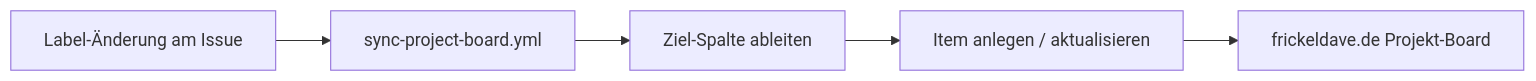
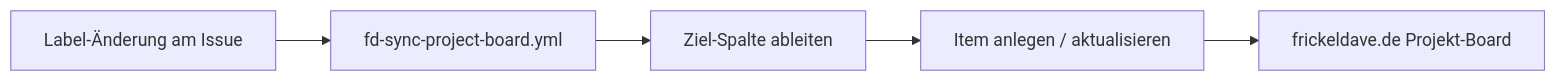
One commit to Frickeldave/frickeldave.github.io changed the diagram in docs/features/fr007-project-board-sync.md. Above: the diagram before and after it, drawn with Mermaid. The commit also changed other lines of this file and 16 other files, not shown here.

````diff
--- a/docs/features/fr007-project-board-sync.md
+++ b/docs/features/fr007-project-board-sync.md
@@ -21,7 +21,7 @@
 ```mermaid
 flowchart LR
-  labelChange[Label-Änderung am Issue] --> workflow[sync-project-board.yml]
+  labelChange[Label-Änderung am Issue] --> workflow[fd-sync-project-board.yml]
   workflow --> derive[Ziel-Spalte ableiten]
   derive --> upsert[Item anlegen / aktualisieren]
   upsert --> board[frickeldave.de Projekt-Board]
 ```
````
